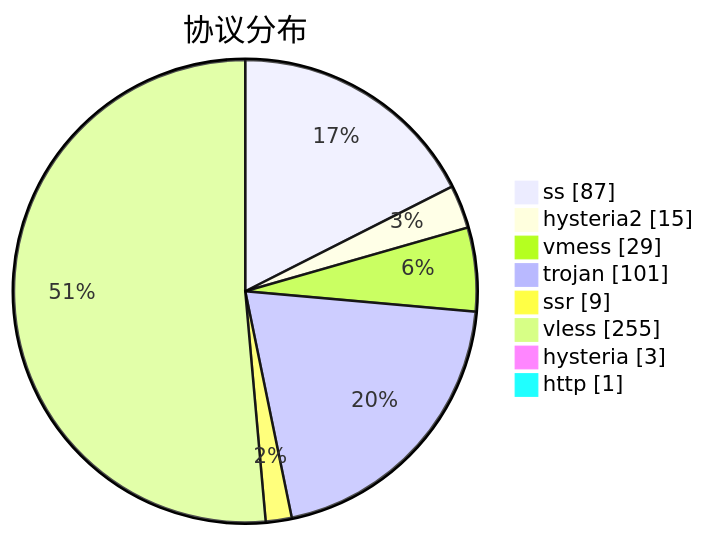
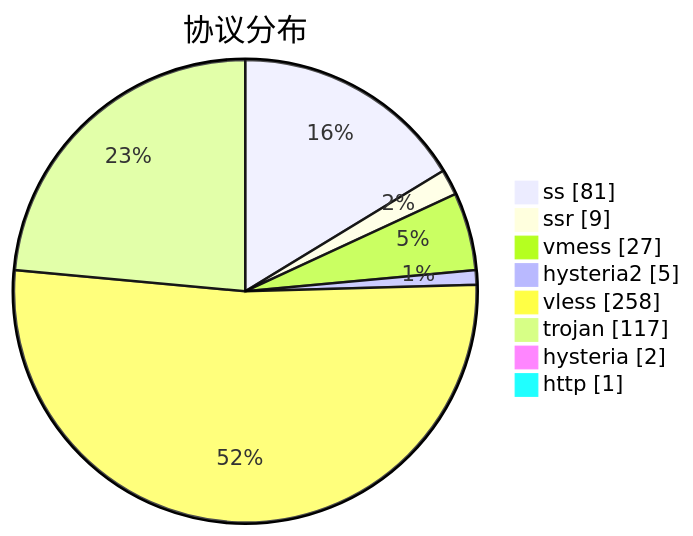
The third of 3 diagrams in subs/statistics/tested_within.md (sinspired/airport), drawn with Mermaid before and after one commit. The commit also changed other lines of this file and 2 other files, not shown here.

````diff
--- a/subs/statistics/tested_within.md
+++ b/subs/statistics/tested_within.md
@@ -59,12 +63,12 @@
 ```mermaid
 pie showData
 title 协议分布
-"ss" : 87
-"hysteria2" : 15
-"vmess" : 29
-"trojan" : 101
+"ss" : 81
 "ssr" : 9
-"vless" : 255
-"hysteria" : 3
+"vmess" : 27
+"hysteria2" : 5
+"vless" : 258
+"trojan" : 117
+"hysteria" : 2
 "http" : 1
 ```
````
